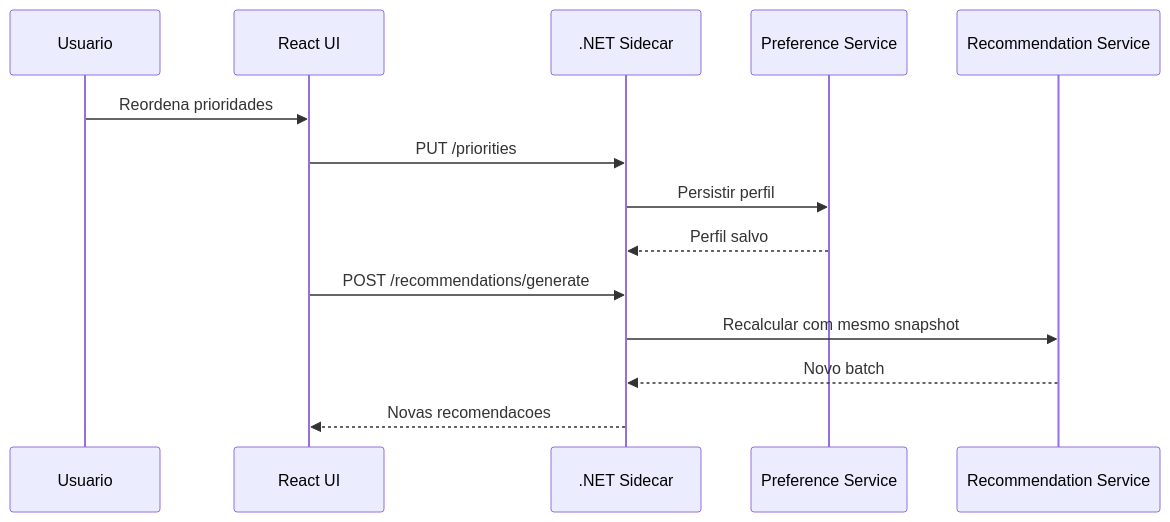
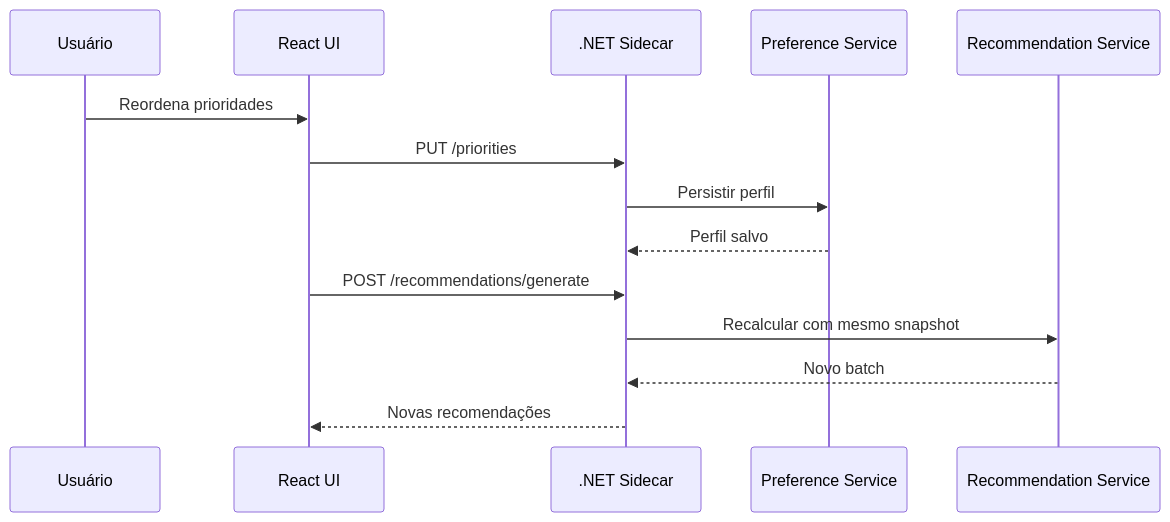
The fourth of 4 diagrams in .catalog/architecture.md (thaifurforo/fom-oracle), drawn with Mermaid before and after one commit. The commit also changed other lines of this file and 32 other files, not shown here.

````diff
--- a/.catalog/architecture.md
+++ b/.catalog/architecture.md
@@ -330,17 +330,17 @@
 ```mermaid
 sequenceDiagram
-  participant U as Usuario
+  participant U as Usuário
   participant UI as React UI
   participant API as .NET Sidecar
   participant Pref as Preference Service
   participant Rec as Recommendation Service
 
   U->>UI: Reordena prioridades
   UI->>API: PUT /priorities
   API->>Pref: Persistir perfil
   Pref-->>API: Perfil salvo
   UI->>API: POST /recommendations/generate
   API->>Rec: Recalcular com mesmo snapshot
   Rec-->>API: Novo batch
-  API-->>UI: Novas recomendacoes
+  API-->>UI: Novas recomendações
 ```
````
